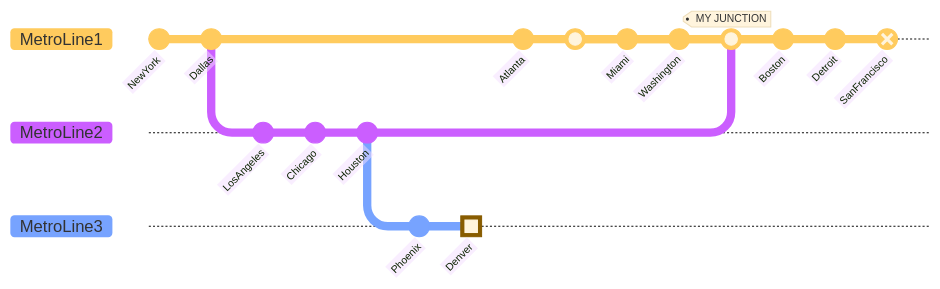
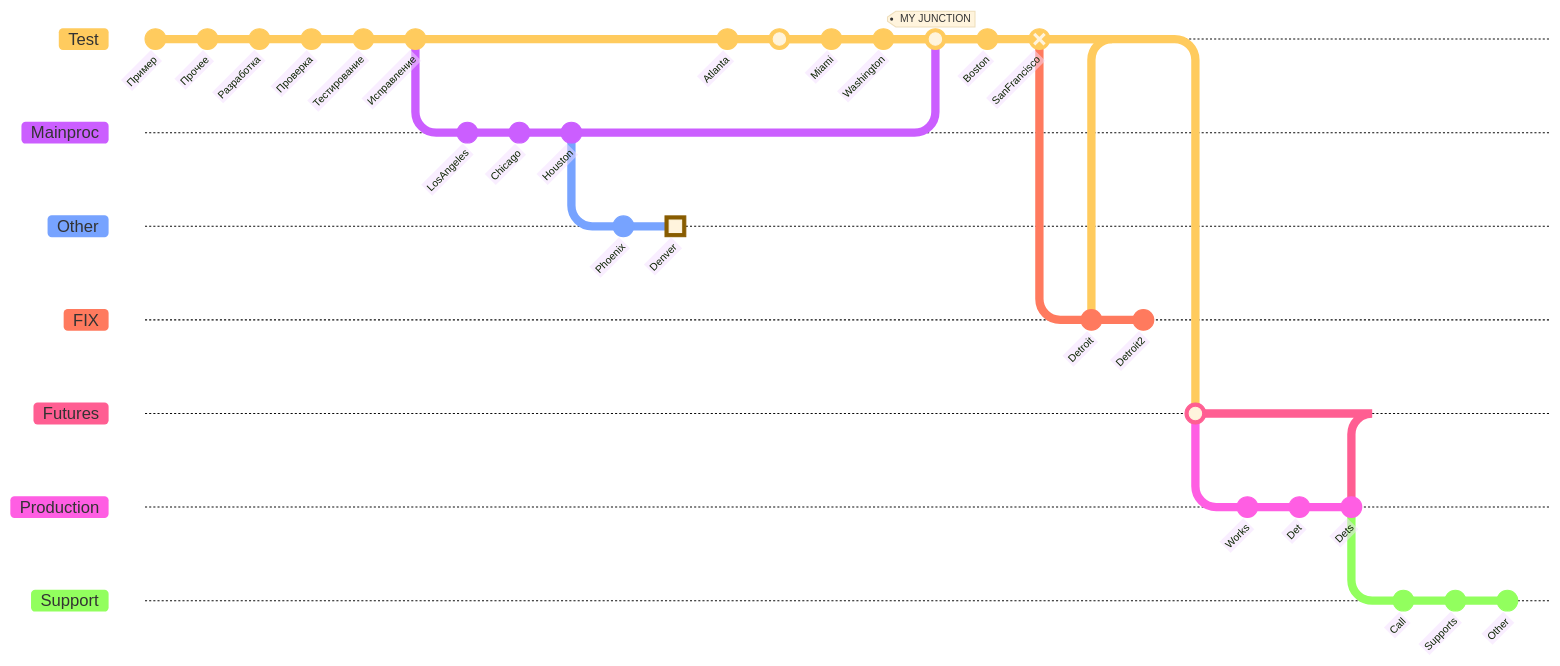
The first of 2 diagrams in diagram/branch.md (Gitart/GO-SIMPLE), drawn with Mermaid before and after one commit.

````diff
--- a/diagram/branch.md
+++ b/diagram/branch.md
@@ -2,23 +2,54 @@
 ```mermaid
-%%{init: { 'logLevel': 'debug', 'theme': 'base', 'gitGraph': {'showBranches': true, 'showCommitLabel':true,'mainBranchName': 'MetroLine1'}} }%%
+%%{init: { 'logLevel': 'debug', 'theme': 'base', 'gitGraph': {'showBranches': true, 'showCommitLabel':true,'mainBranchName': 'Test'}} }%%
       gitGraph
-        commit id:"NewYork"
-        commit id:"Dallas"
-        branch MetroLine2
+        commit id:"Пример"
+        commit id:"Прочее"
+        commit id:"Разработка"
+        commit id:"Проверка"
+        commit id:"Тестирование"
+        commit id:"Исправление"
+         
+        
+      branch Mainproc
         commit id:"LosAngeles"
         commit id:"Chicago"
         commit id:"Houston"
-        branch MetroLine3
+      
+      branch Other
         commit id:"Phoenix"
         commit type: HIGHLIGHT id:"Denver"
         commit id:"Boston"
-        checkout MetroLine1
+        checkout Test
         commit id:"Atlanta"
-        merge MetroLine3
+        merge Other
         commit id:"Miami"
         commit id:"Washington"
-        merge MetroLine2 tag:"MY JUNCTION"
+        merge Mainproc tag:"MY JUNCTION"
         commit id:"Boston"
         commit id:"Detroit"
         commit type:REVERSE id:"SanFrancisco"
+        
+      branch FIX
+        commit id:"Detroit"
+        commit id:"Detroit2"
+         
+        
+      branch Futures
+        commit id:"Works"
+        commit id:"Det"
+        commit id:"Dets"
+        merge Other
+        
+     branch Production
+        commit id:"Works"
+        commit id:"Det"
+        commit id:"Dets"
+        
+     branch Support
+        commit id:"Call"
+        commit id:"Supports"
+        commit id:"Other"
+        
+        
+        
 ```        
````
